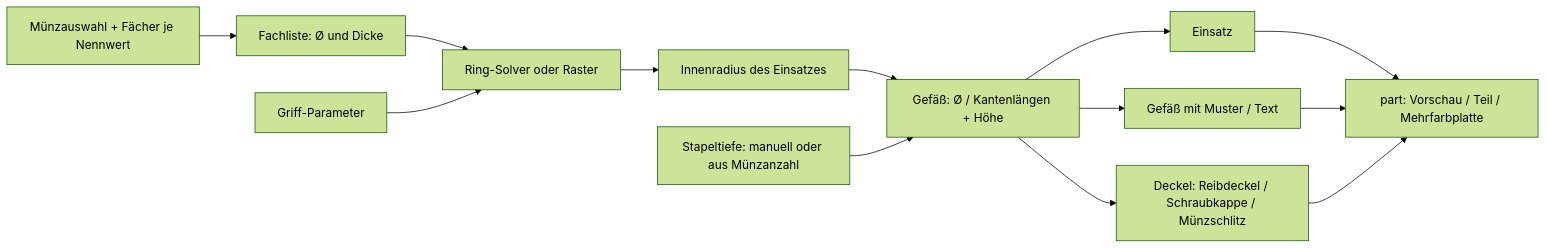
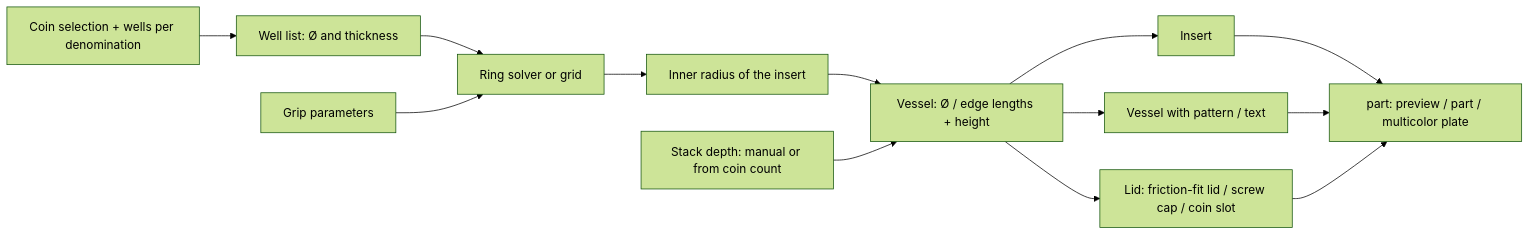
The diagram in models/parametric-coin-inlets/README.md (BetaHydri/parametric-cad-models), drawn with Mermaid (forest theme) before and after one commit. The commit also changed other lines of this file and 57 other files, not shown here.

````diff
--- a/models/parametric-coin-inlets/README.md
+++ b/models/parametric-coin-inlets/README.md
@@ -313,15 +317,15 @@
 ```mermaid
 flowchart LR
-    C[Münzauswahl + Fächer je Nennwert] --> L[Fachliste: Ø und Dicke]
-    L --> R[Ring-Solver oder Raster]
-    G[Griff-Parameter] --> R
-    R --> I[Innenradius des Einsatzes]
-    I --> V[Gefäß: Ø / Kantenlängen + Höhe]
-    H[Stapeltiefe: manuell oder aus Münzanzahl] --> V
-    V --> T[Einsatz]
-    V --> B[Gefäß mit Muster / Text]
-    V --> D[Deckel: Reibdeckel / Schraubkappe / Münzschlitz]
-    T --> P[part: Vorschau / Teil / Mehrfarbplatte]
+    C[Coin selection + wells per denomination] --> L[Well list: Ø and thickness]
+    L --> R[Ring solver or grid]
+    G[Grip parameters] --> R
+    R --> I[Inner radius of the insert]
+    I --> V[Vessel: Ø / edge lengths + height]
+    H[Stack depth: manual or from coin count] --> V
+    V --> T[Insert]
+    V --> B[Vessel with pattern / text]
+    V --> D[Lid: friction-fit lid / screw cap / coin slot]
+    T --> P[part: preview / part / multicolor plate]
     B --> P
     D --> P
 ```
````
